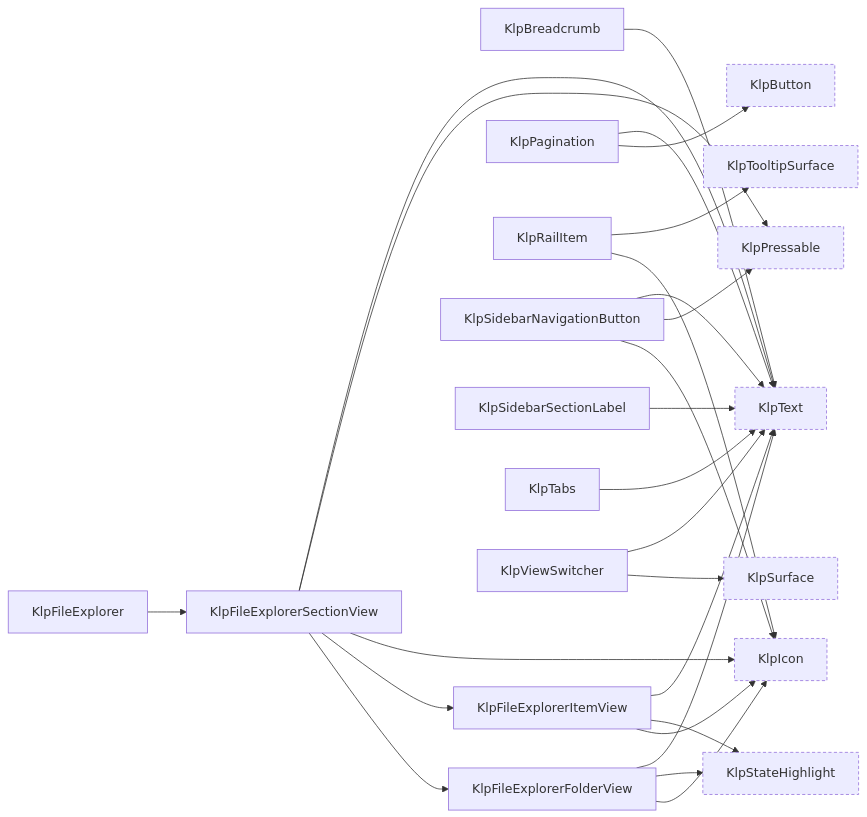
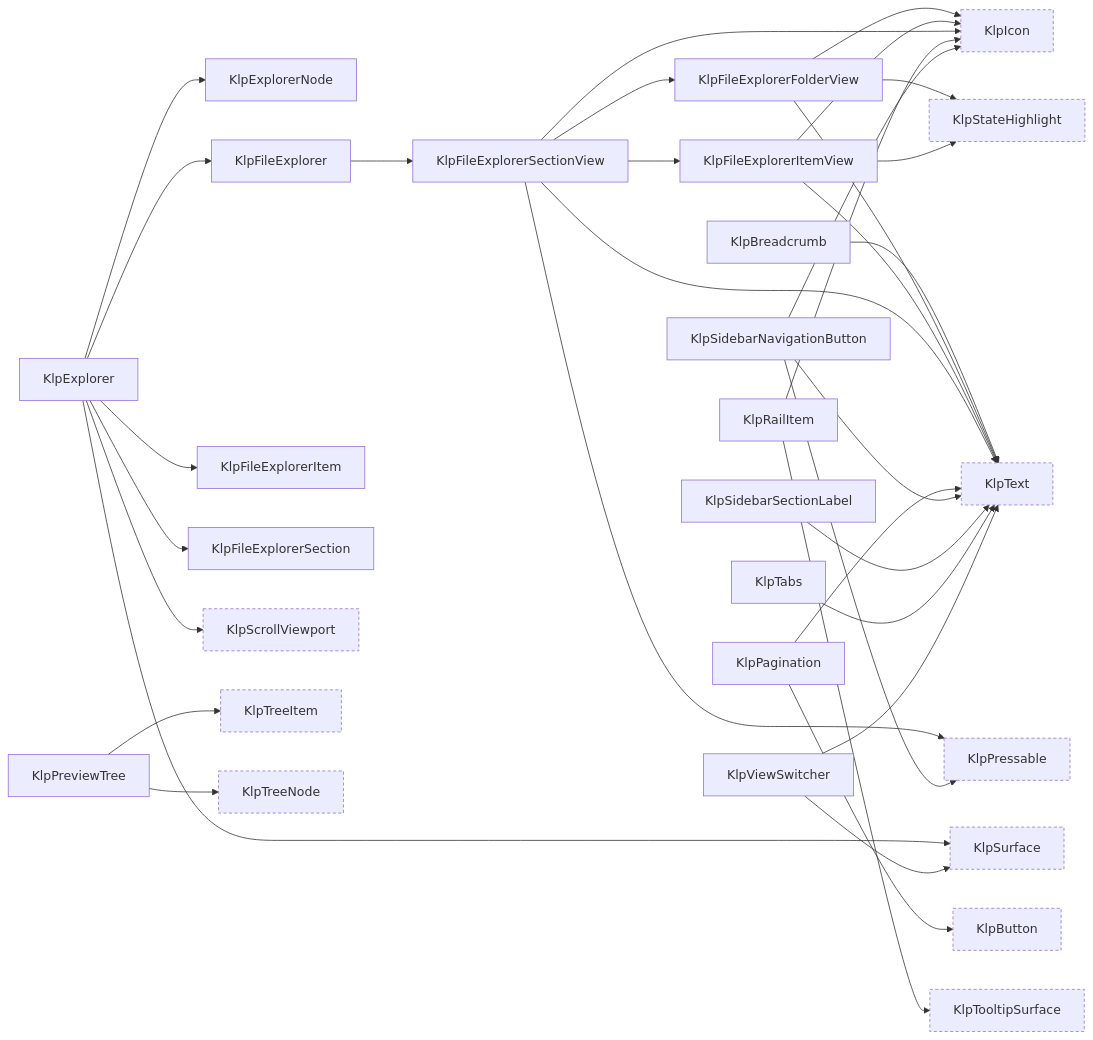
Before and after one commit to MiuDog/Kallopis: diagram 13 of 18 in spec/component-inventory.md, drawn with Mermaid. The commit also changed other lines of this file and 266 other files, not shown here.

````diff
--- a/spec/component-inventory.md
+++ b/spec/component-inventory.md
@@ -875,46 +927,62 @@
 ```mermaid
 graph LR
   KlpBreadcrumb["KlpBreadcrumb"]
   KlpButton["KlpButton"]:::external
+  KlpExplorer["KlpExplorer"]
+  KlpExplorerNode["KlpExplorerNode"]
   KlpFileExplorer["KlpFileExplorer"]
   KlpFileExplorerFolderView["KlpFileExplorerFolderView"]
+  KlpFileExplorerItem["KlpFileExplorerItem"]
   KlpFileExplorerItemView["KlpFileExplorerItemView"]
+  KlpFileExplorerSection["KlpFileExplorerSection"]
   KlpFileExplorerSectionView["KlpFileExplorerSectionView"]
   KlpIcon["KlpIcon"]:::external
   KlpPagination["KlpPagination"]
   KlpPressable["KlpPressable"]:::external
+  KlpPreviewTree["KlpPreviewTree"]
   KlpRailItem["KlpRailItem"]
+  KlpScrollViewport["KlpScrollViewport"]:::external
   KlpSidebarNavigationButton["KlpSidebarNavigationButton"]
   KlpSidebarSectionLabel["KlpSidebarSectionLabel"]
   KlpStateHighlight["KlpStateHighlight"]:::external
   KlpSurface["KlpSurface"]:::external
   KlpTabs["KlpTabs"]
   KlpText["KlpText"]:::external
   KlpTooltipSurface["KlpTooltipSurface"]:::external
+  KlpTreeItem["KlpTreeItem"]:::external
+  KlpTreeNode["KlpTreeNode"]:::external
   KlpViewSwitcher["KlpViewSwitcher"]
   KlpBreadcrumb --> KlpText
+  KlpExplorer --> KlpExplorerNode
+  KlpExplorer --> KlpFileExplorer
+  KlpExplorer --> KlpFileExplorerItem
+  KlpExplorer --> KlpFileExplorerSection
+  KlpExplorer --> KlpScrollViewport
+  KlpExplorer --> KlpSurface
   KlpFileExplorerFolderView --> KlpIcon
   KlpFileExplorerFolderView --> KlpStateHighlight
   KlpFileExplorerFolderView --> KlpText
   KlpFileExplorerItemView --> KlpIcon
   KlpFileExplorerItemView --> KlpStateHighlight
   KlpFileExplorerItemView --> KlpText
   KlpFileExplorerSectionView --> KlpFileExplorerFolderView
   KlpFileExplorerSectionView --> KlpFileExplorerItemView
   KlpFileExplorerSectionView --> KlpIcon
   KlpFileExplorerSectionView --> KlpPressable
   KlpFileExplorerSectionView --> KlpText
   KlpFileExplorer --> KlpFileExplorerSectionView
   KlpPagination --> KlpButton
   KlpPagination --> KlpText
+  KlpPreviewTree --> KlpTreeItem
+  KlpPreviewTree --> KlpTreeNode
   KlpRailItem --> KlpIcon
   KlpRailItem --> KlpTooltipSurface
   KlpSidebarNavigationButton --> KlpIcon
   KlpSidebarNavigationButton --> KlpPressable
   KlpSidebarNavigationButton --> KlpText
   KlpSidebarSectionLabel --> KlpText
   KlpTabs --> KlpText
   KlpViewSwitcher --> KlpSurface
   KlpViewSwitcher --> KlpText
   classDef external stroke-dasharray: 4 3;
 ```
````
